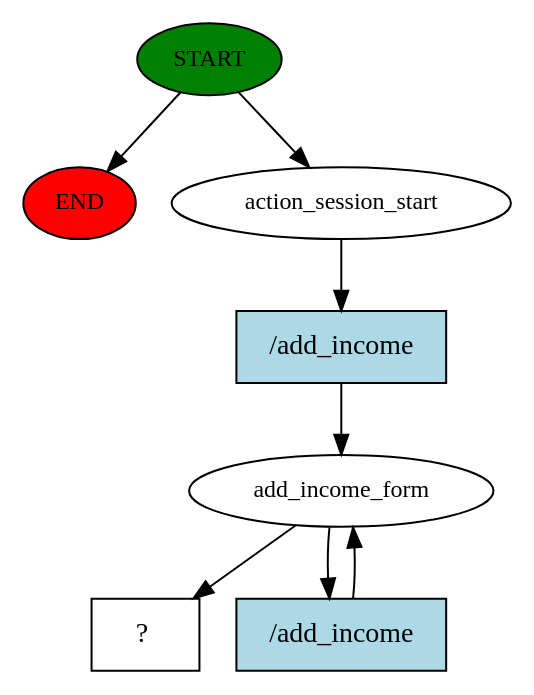
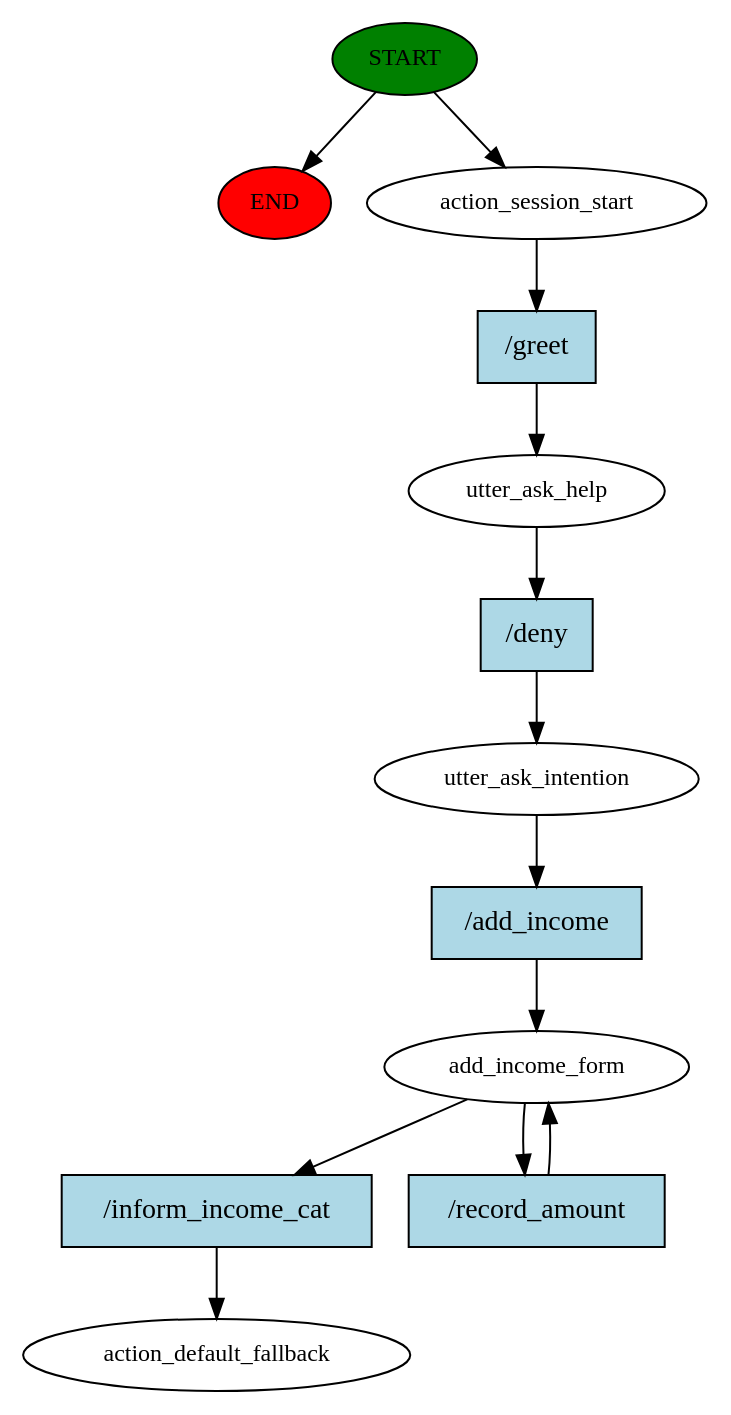
One commit to joey1123455/spendify_nlu changed the diagram in story_graph.dot. Above: the diagram before and after it, drawn with Graphviz. The commit also changed 670 other files, not shown here.

```diff
--- a/story_graph.dot
+++ b/story_graph.dot
@@ -1,16 +1,26 @@
 digraph  {
 0 [class="start active", fillcolor=green, fontsize=12, label=START, style=filled];
 "-1" [class=end, fillcolor=red, fontsize=12, label=END, style=filled];
 1 [class=active, fontsize=12, label=action_session_start];
-2 [class=active, fontsize=12, label=add_income_form];
-4 [class="intent dashed active", label="  ?  ", shape=rect];
-5 [class="intent active", fillcolor=lightblue, label="/add_income", shape=rect, style=filled];
-6 [class="intent active", fillcolor=lightblue, label="/add_income", shape=rect, style=filled];
+2 [class=active, fontsize=12, label=utter_ask_help];
+3 [class=active, fontsize=12, label=utter_ask_intention];
+4 [class=active, fontsize=12, label=add_income_form];
+6 [class="dashed active", fontsize=12, label=action_default_fallback];
+7 [class="intent active", fillcolor=lightblue, label="/greet", shape=rect, style=filled];
+8 [class="intent active", fillcolor=lightblue, label="/deny", shape=rect, style=filled];
+9 [class="intent active", fillcolor=lightblue, label="/add_income", shape=rect, style=filled];
+10 [class="intent active", fillcolor=lightblue, label="/inform_income_cat", shape=rect, style=filled];
+11 [class="intent active", fillcolor=lightblue, label="/record_amount", shape=rect, style=filled];
 0 -> "-1"  [class="", key=NONE, label=""];
 0 -> 1  [class=active, key=NONE, label=""];
-1 -> 5  [class=active, key=0];
-2 -> 4  [class=active, key=NONE, label=""];
-2 -> 6  [class=active, key=0];
-5 -> 2  [class=active, key=0];
-6 -> 2  [class=active, key=0];
+1 -> 7  [class=active, key=0];
+2 -> 8  [class=active, key=0];
+3 -> 9  [class=active, key=0];
+4 -> 10  [class=active, key=0];
+4 -> 11  [class=active, key=0];
+7 -> 2  [class=active, key=0];
+8 -> 3  [class=active, key=0];
+9 -> 4  [class=active, key=0];
+10 -> 6  [class=active, key=0];
+11 -> 4  [class=active, key=0];
 }
```
